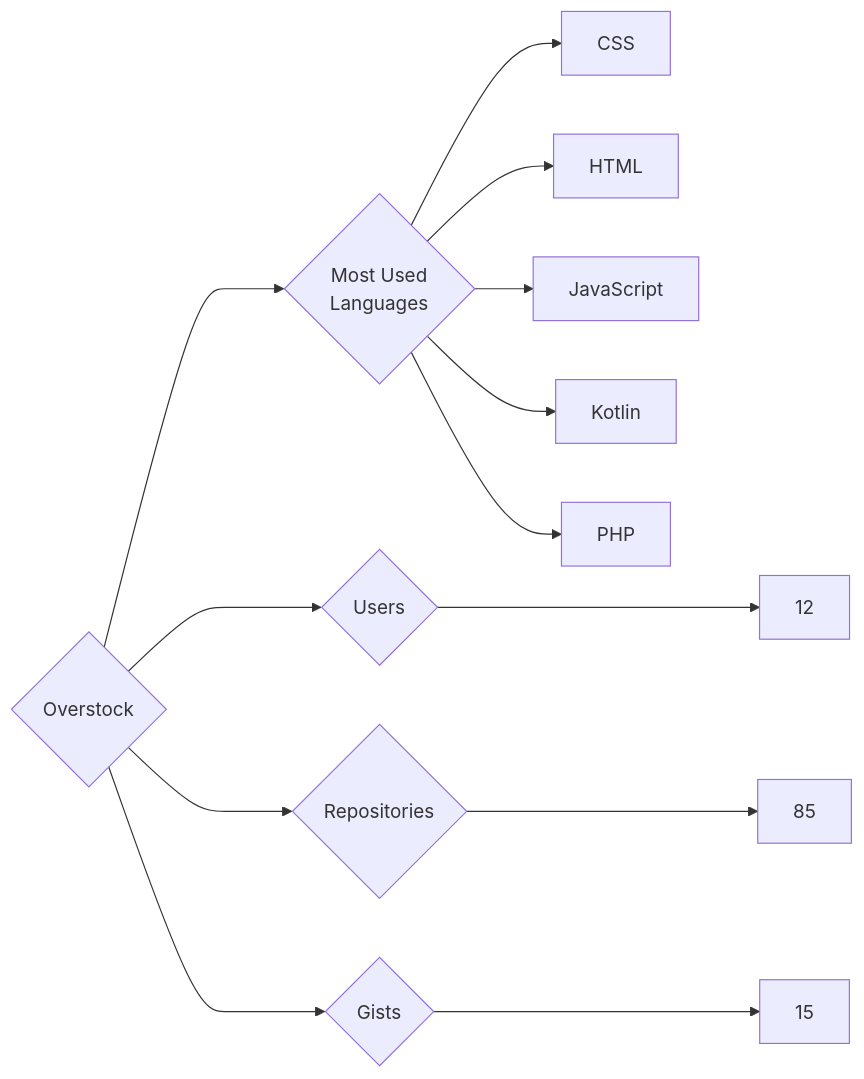
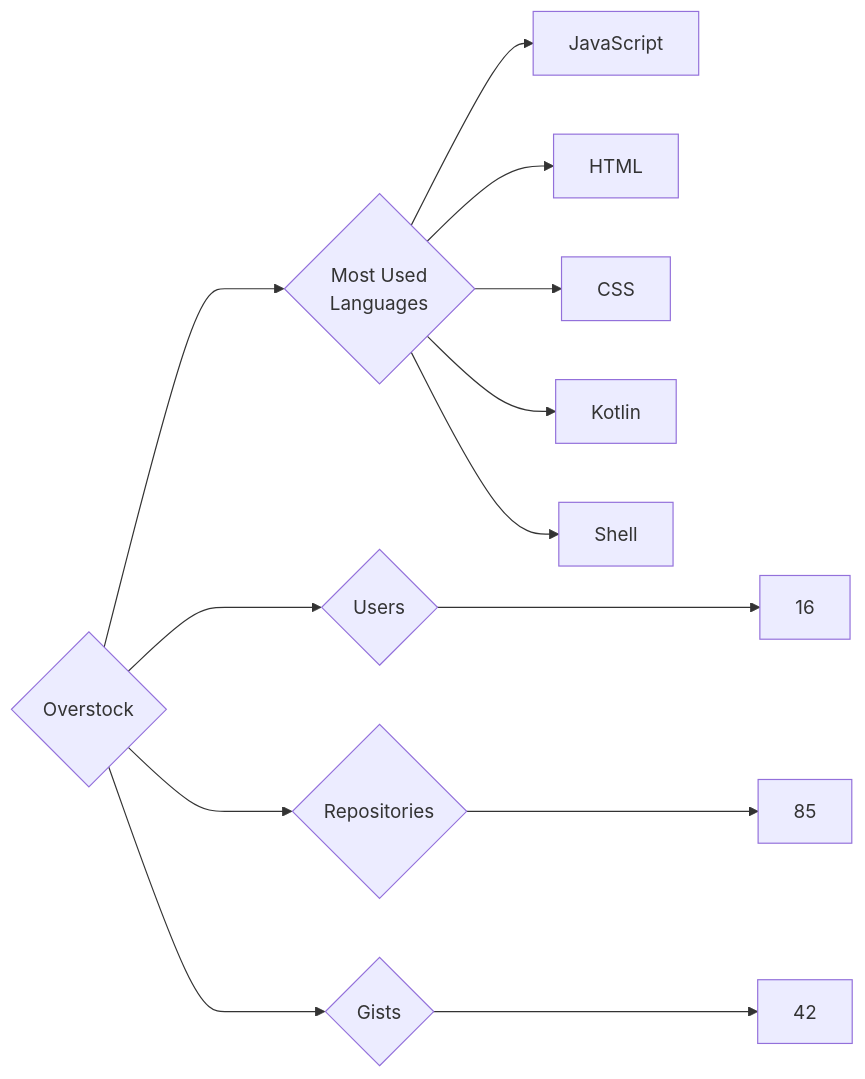
The diagram in targets/Overstock/README.md (trickest/insiders), drawn with Mermaid before and after one commit. The commit also changed 794 other files, not shown here.

````diff
--- a/targets/Overstock/README.md
+++ b/targets/Overstock/README.md
@@ -3,13 +3,13 @@
 ```mermaid
 graph LR
 COMPANY_NAME{Overstock}
-COMPANY_NAME ---> U{Users} ---> UN[12]
+COMPANY_NAME ---> U{Users} ---> UN[16]
 COMPANY_NAME ---> R{Repositories} ---> RN[85]
-COMPANY_NAME ---> G{Gists} ---> GN[15]
+COMPANY_NAME ---> G{Gists} ---> GN[42]
 COMPANY_NAME ---> ML{Most Used<br>Languages}
+ML --> JavaScript[JavaScript]
+ML --> HTML[HTML]
 ML --> CSS[CSS]
-ML --> HTML[HTML]
-ML --> JavaScript[JavaScript]
 ML --> Kotlin[Kotlin]
-ML --> PHP[PHP]
+ML --> Shell[Shell]
 ```
````
